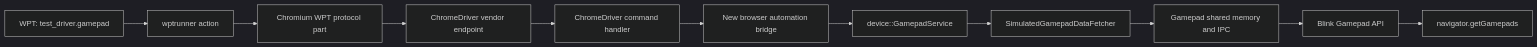
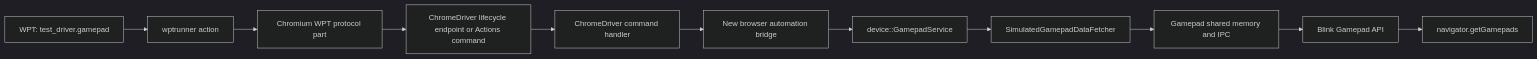
One commit to xingri/xingri.github.io changed the second of 2 diagrams in gamepad-interop/proposal-2027.md. Above: the diagram before and after it, drawn with Mermaid (dark theme). The commit also changed other lines of this file, not shown here.

````diff
--- a/gamepad-interop/proposal-2027.md
+++ b/gamepad-interop/proposal-2027.md
@@ -296,13 +332,13 @@
 ```mermaid
 flowchart LR
     A[WPT: test_driver.gamepad] --> B[wptrunner action]
     B --> C[Chromium WPT protocol part]
-    C --> D[ChromeDriver vendor endpoint]
+    C --> D[ChromeDriver lifecycle endpoint or Actions command]
     D --> E[ChromeDriver command handler]
     E --> F[New browser automation bridge]
     F --> G[device::GamepadService]
     G --> H[SimulatedGamepadDataFetcher]
     H --> I[Gamepad shared memory and IPC]
     I --> J[Blink Gamepad API]
     J --> K[navigator.getGamepads]
 ```
````
